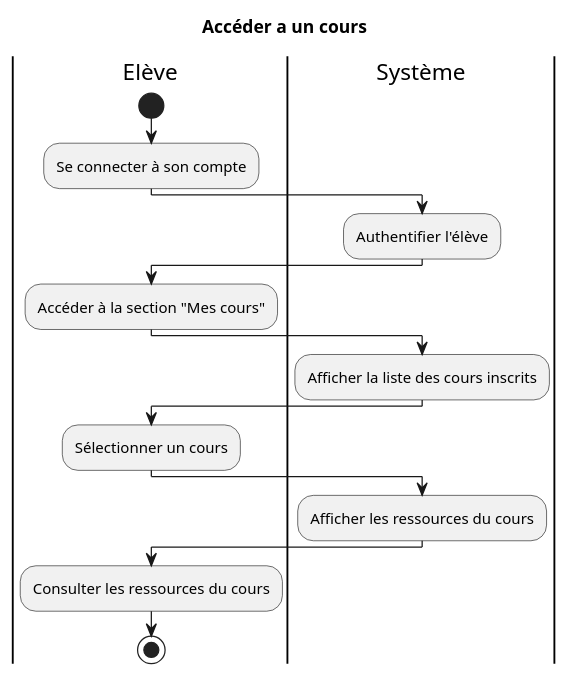
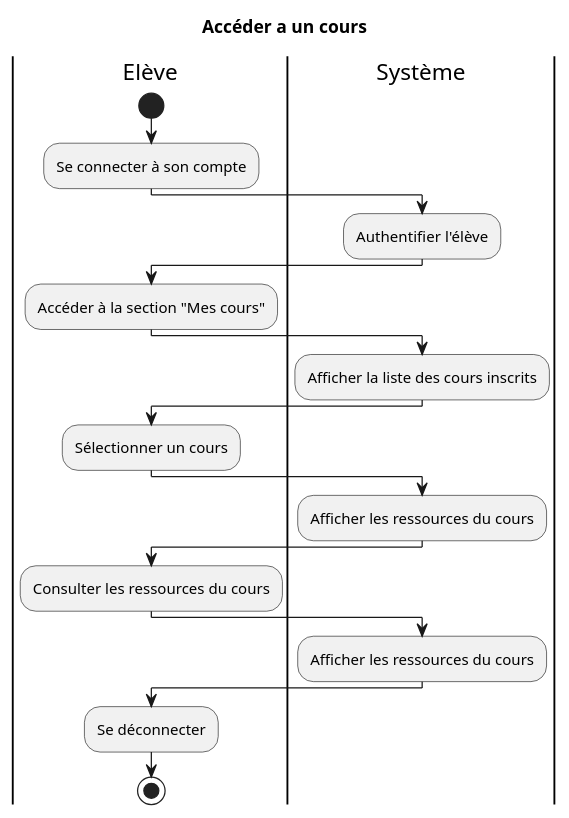
Before and after one commit to AurelienDillies/Primeo: the diagram in Conception/activite/accederCours.puml, drawn with PlantUML. The commit also changed 3 other files, not shown here.

Commit message:
diagramme suivie parent fait

```diff
--- a/Conception/activite/accederCours.puml
+++ b/Conception/activite/accederCours.puml
@@ -1,22 +1,26 @@
 @startuml Accéder a un cours
 
 title Accéder a un cours
 
 |Elève|
 start
 :Se connecter à son compte;
 |Système|
 :Authentifier l'élève;
 |Elève|
 :Accéder à la section "Mes cours";
 |Système|
 :Afficher la liste des cours inscrits;
 |Elève|
 :Sélectionner un cours;
 |Système|
 :Afficher les ressources du cours;
 |Elève|
 :Consulter les ressources du cours;
+|Système|
+:Afficher les ressources du cours;
+|Elève|
+:Se déconnecter;
 stop
 
 @enduml
```
